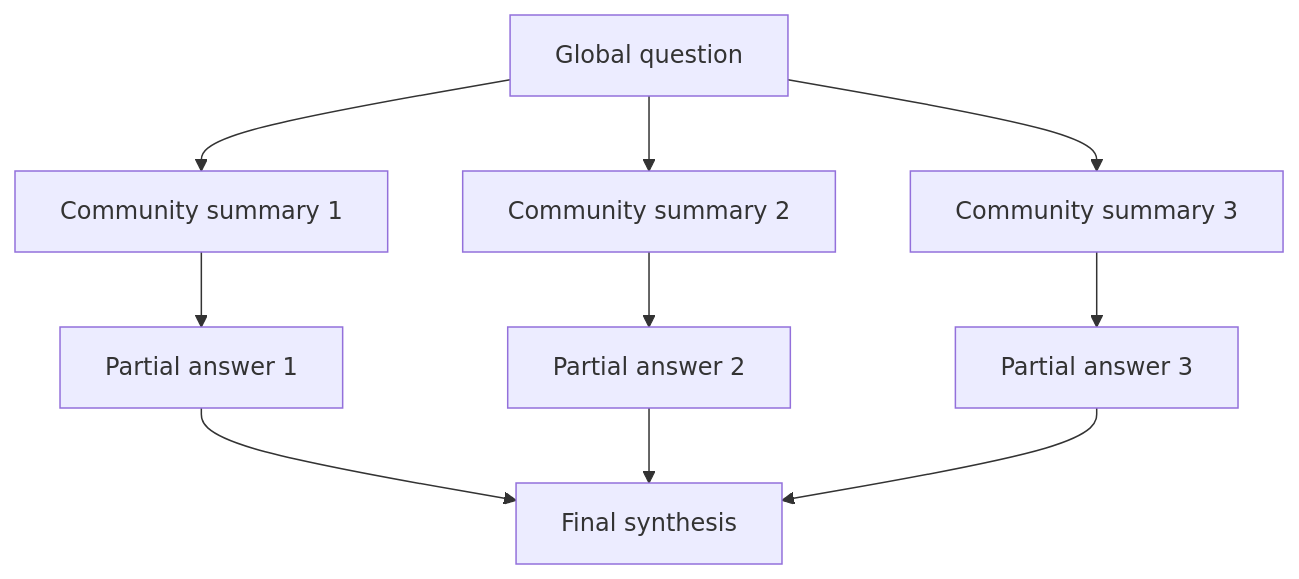
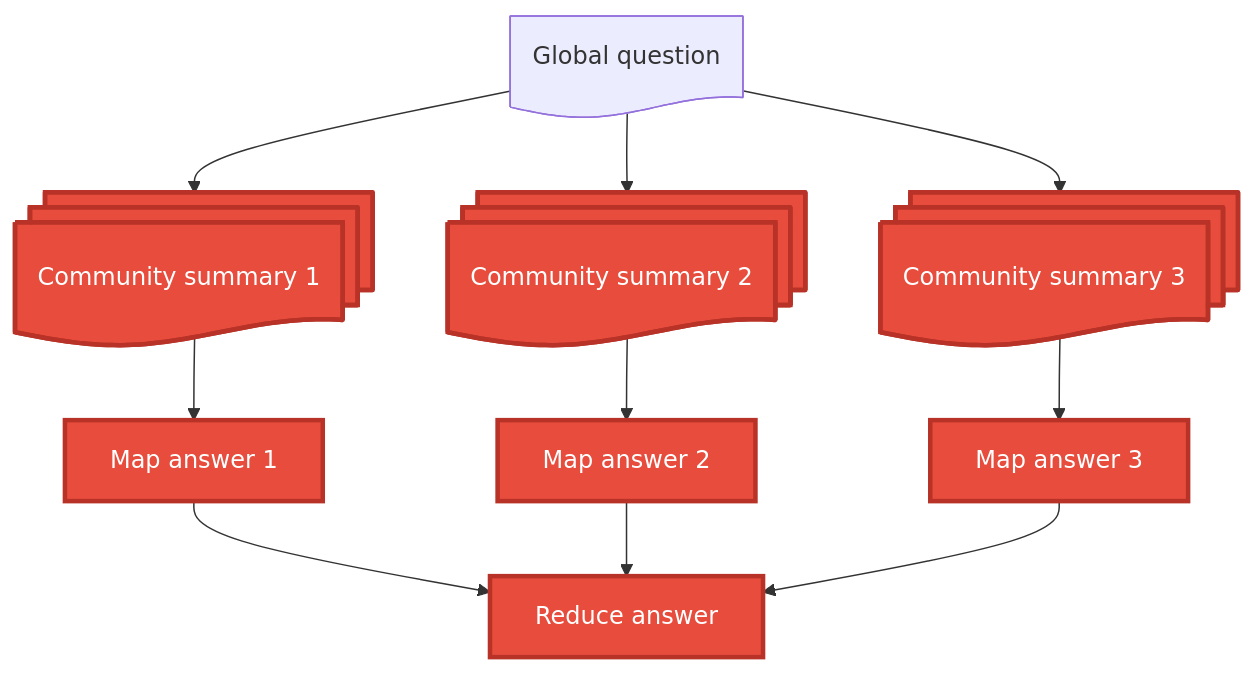
One commit to w4bo/AA2627-unibo-dcai changed diagram 16 of 20 in slides/02-rag.qmd. Above: the diagram before and after it, drawn with Mermaid. The commit also changed other lines of this file and 2 other files, not shown here.

````diff
--- a/slides/02-rag.qmd
+++ b/slides/02-rag.qmd
@@ -1084,13 +1118,16 @@
 ```{mermaid}
 %%| echo: false
 flowchart TB
-  Q[Global question] --> C1[Community summary 1]
-  Q --> C2[Community summary 2]
-  Q --> C3[Community summary 3]
-  C1 --> A1[Partial answer 1]
-  C2 --> A2[Partial answer 2]
-  C3 --> A3[Partial answer 3]
-  A1 --> F[Final synthesis]
+  Q@{ shape: doc, label: "Global question" } --> C1@{ shape: docs, label: "Community summary 1" }
+  Q --> C2@{ shape: docs, label: "Community summary 2" }
+  Q --> C3@{ shape: docs, label: "Community summary 3" }
+  C1 --> A1[Map answer 1]
+  C2 --> A2[Map answer 2]
+  C3 --> A3[Map answer 3]
+  A1 --> F[Reduce answer]
   A2 --> F
   A3 --> F
+
+  classDef focus fill:#e74c3c,color:#fff,stroke:#b83227,stroke-width:3px
+  class C1,C2,C3,A1,A2,A3,F focus
 ```
````
